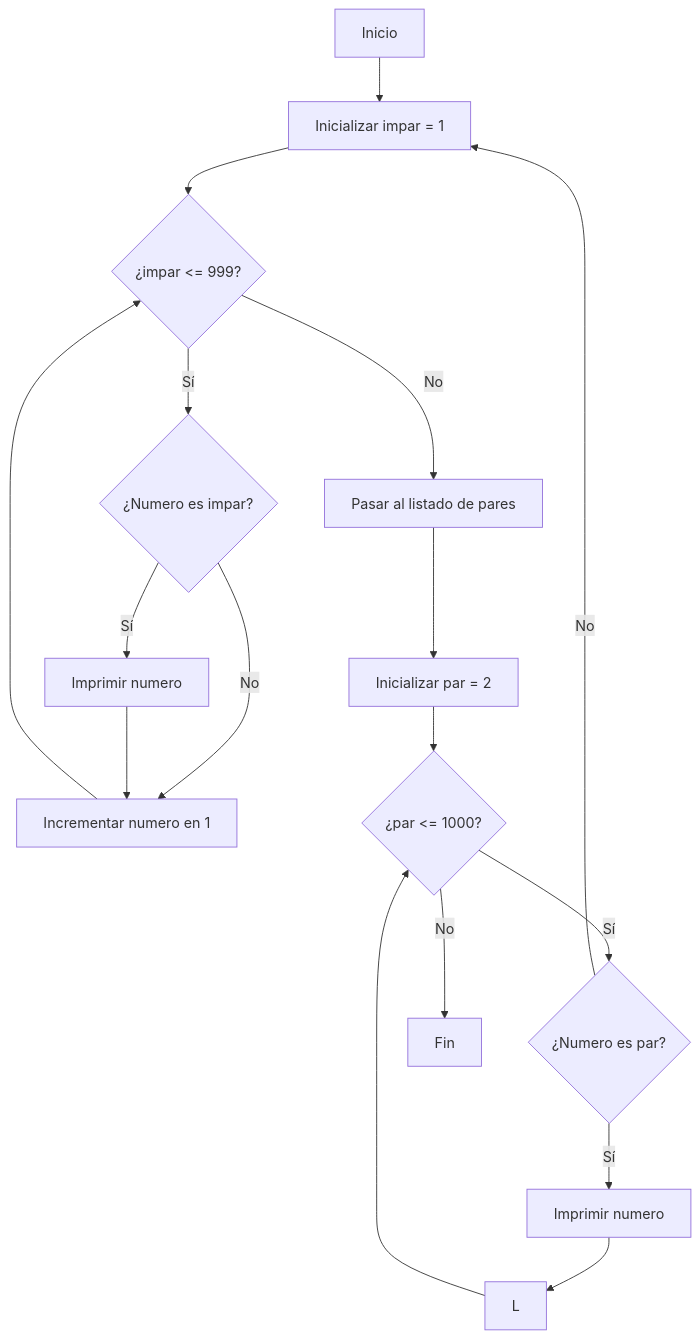
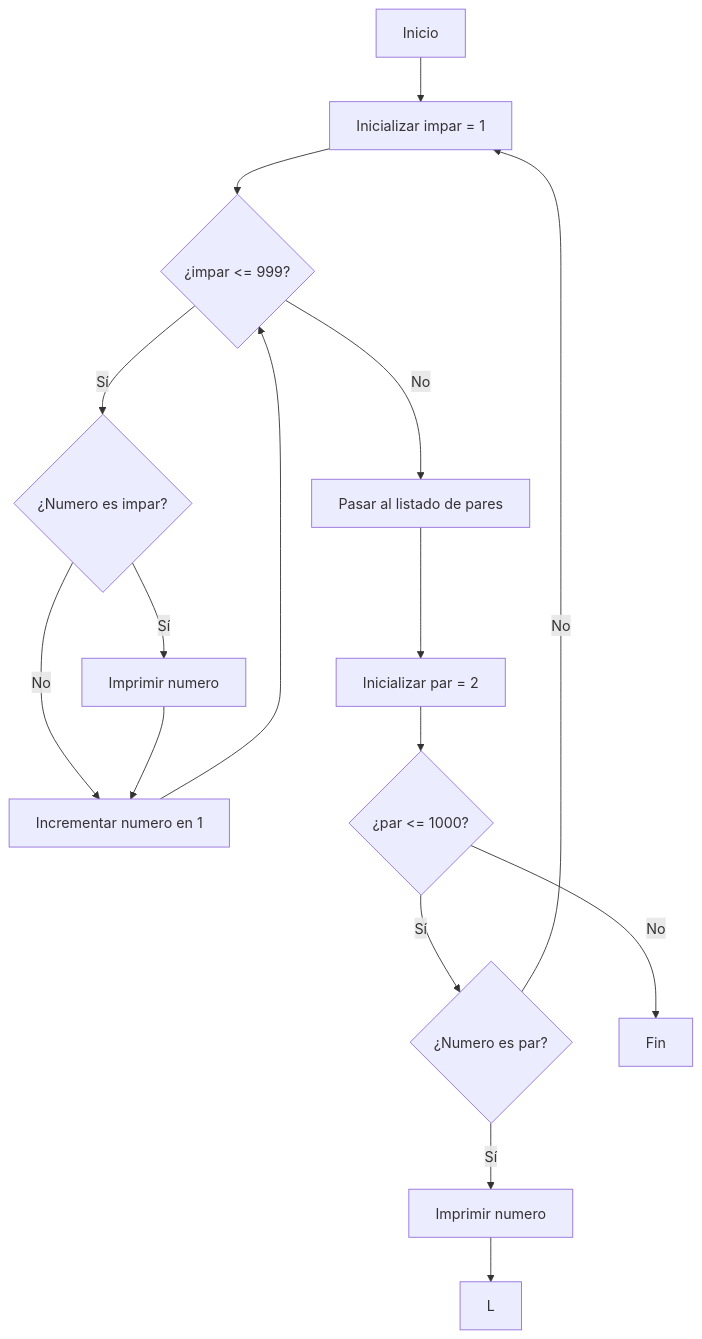
Before and after one commit to jmarciales/Reto-N6: the second of 2 diagrams in README.md, drawn with Mermaid.

````diff
--- a/README.md
+++ b/README.md
@@ -16,19 +16,18 @@
 ```mermaid
 flowchart TD
     A[Inicio] --> B[Inicializar impar = 1]
     B --> C{¿impar <= 999?}
     C -->|Sí| D{¿Numero es impar?}
     D -->|Sí| E[Imprimir numero]
     D -->|No| F[Incrementar numero en 1]
     E --> F
     F --> C
     C -->|No| G[Pasar al listado de pares]
     G --> H[Inicializar par = 2]
     H --> I{¿par <= 1000?}
     I -->|Sí| J{¿Numero es par?}
     J -->|Sí| K[Imprimir numero]
     J -->|No| B[Inicializar impar = 1]
     K --> L
-    L --> I
     I -->|No| M[Fin]
 ```
````
